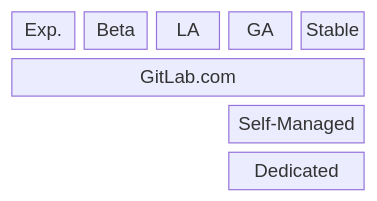
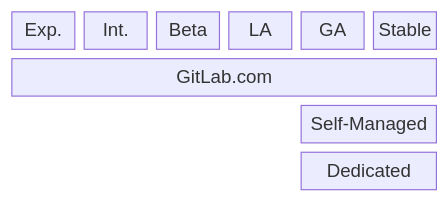
The second of 3 diagrams in content/handbook/engineering/infrastructure-platforms/tenant-scale/organizations/release-stages.md (kyama0/gitlab-handbook-ja), drawn with Mermaid before and after one commit. The commit also changed other lines of this file and 20 other files, not shown here.

````diff
--- a/content/handbook/engineering/infrastructure-platforms/tenant-scale/organizations/release-stages.md
+++ b/content/handbook/engineering/infrastructure-platforms/tenant-scale/organizations/release-stages.md
@@ -77,8 +81,8 @@
 ```mermaid
 block-beta
-  columns 5
-  E["Exp."] B["Beta"] LA["LA"] GA["GA"] S["Stable"]
-  COM["GitLab.com"]:5
-  space:3 SM["Self-Managed"]:2
-  space:3 DED["Dedicated"]:2
+  columns 6
+  E["Exp."] I["Int."] B["Beta"] LA["LA"] GA["GA"] S["Stable"]
+  COM["GitLab.com"]:6
+  space:4 SM["Self-Managed"]:2
+  space:4 DED["Dedicated"]:2
 ```
````
